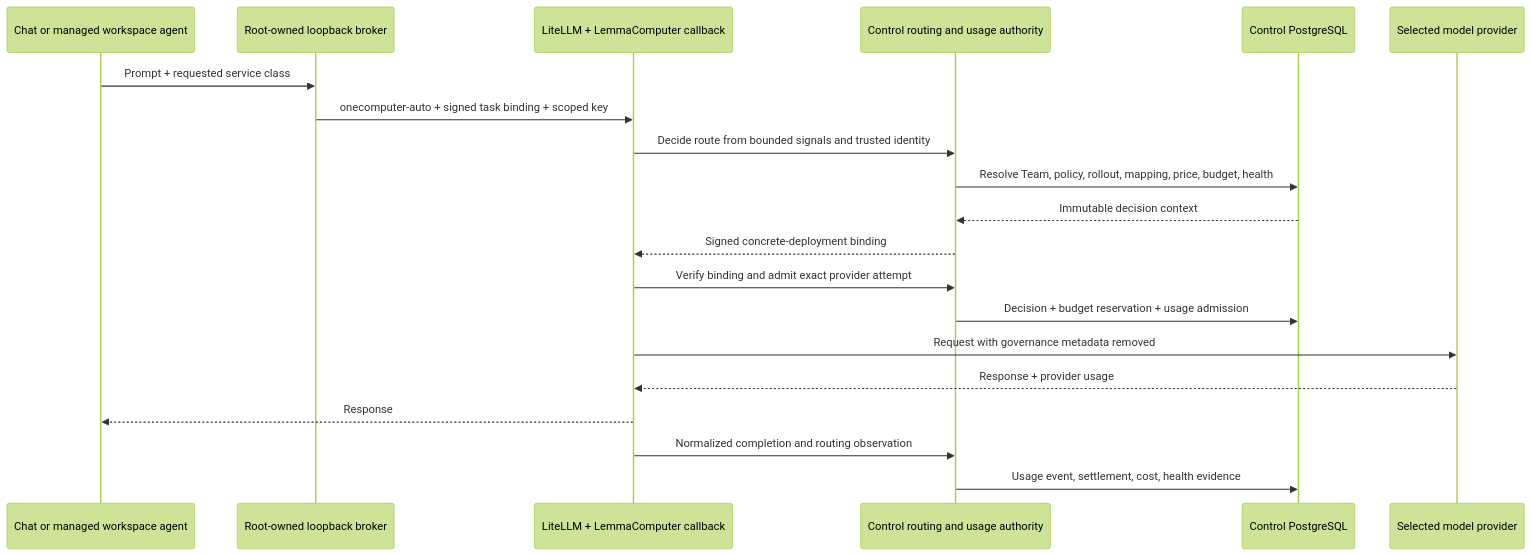
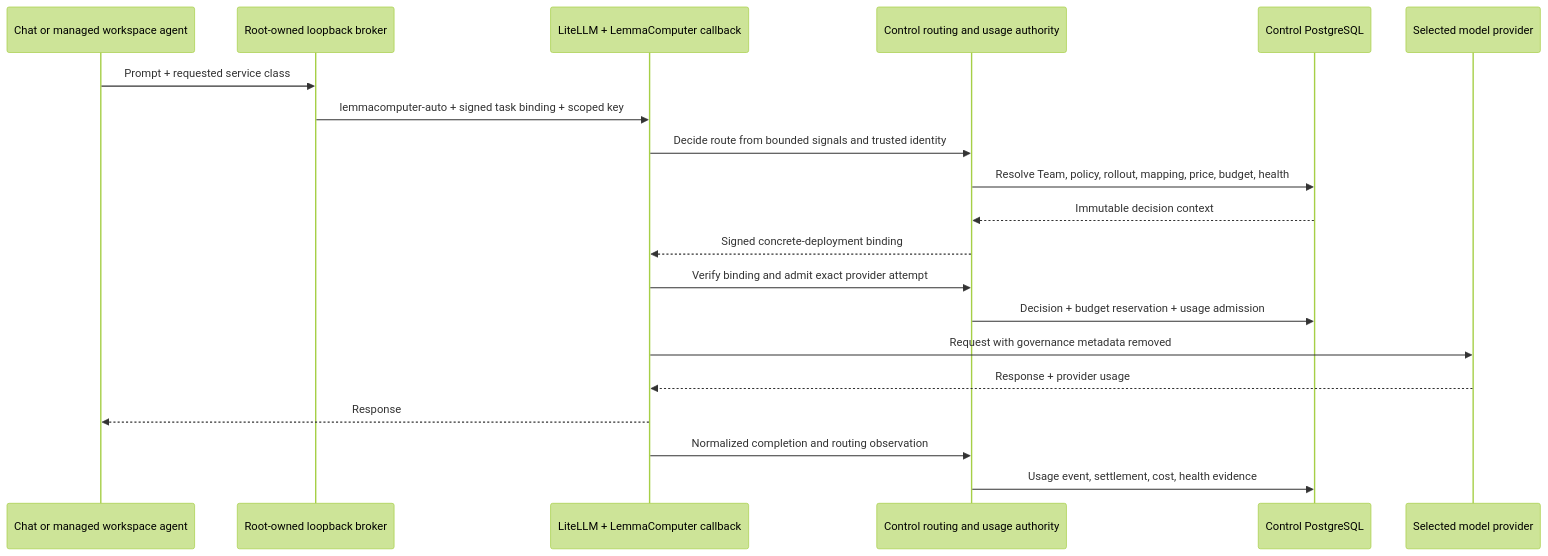
Before and after one commit to ONE-Computer/LemmaComputer: the diagram in docs/ai-control-plane.md, drawn with Mermaid (forest theme). The commit also changed other lines of this file and 269 other files, not shown here.

````diff
--- a/docs/ai-control-plane.md
+++ b/docs/ai-control-plane.md
@@ -28,23 +28,23 @@
 ```mermaid
 sequenceDiagram
   participant Client as Chat or managed workspace agent
   participant Broker as Root-owned loopback broker
   participant Gateway as LiteLLM + LemmaComputer callback
   participant Control as Control routing and usage authority
   participant Store as Control PostgreSQL
   participant Provider as Selected model provider
 
   Client->>Broker: Prompt + requested service class
-  Broker->>Gateway: onecomputer-auto + signed task binding + scoped key
+  Broker->>Gateway: lemmacomputer-auto + signed task binding + scoped key
   Gateway->>Control: Decide route from bounded signals and trusted identity
   Control->>Store: Resolve Team, policy, rollout, mapping, price, budget, health
   Store-->>Control: Immutable decision context
   Control-->>Gateway: Signed concrete-deployment binding
   Gateway->>Control: Verify binding and admit exact provider attempt
   Control->>Store: Decision + budget reservation + usage admission
   Gateway->>Provider: Request with governance metadata removed
   Provider-->>Gateway: Response + provider usage
   Gateway-->>Client: Response
   Gateway->>Control: Normalized completion and routing observation
   Control->>Store: Usage event, settlement, cost, health evidence
 ```
````
